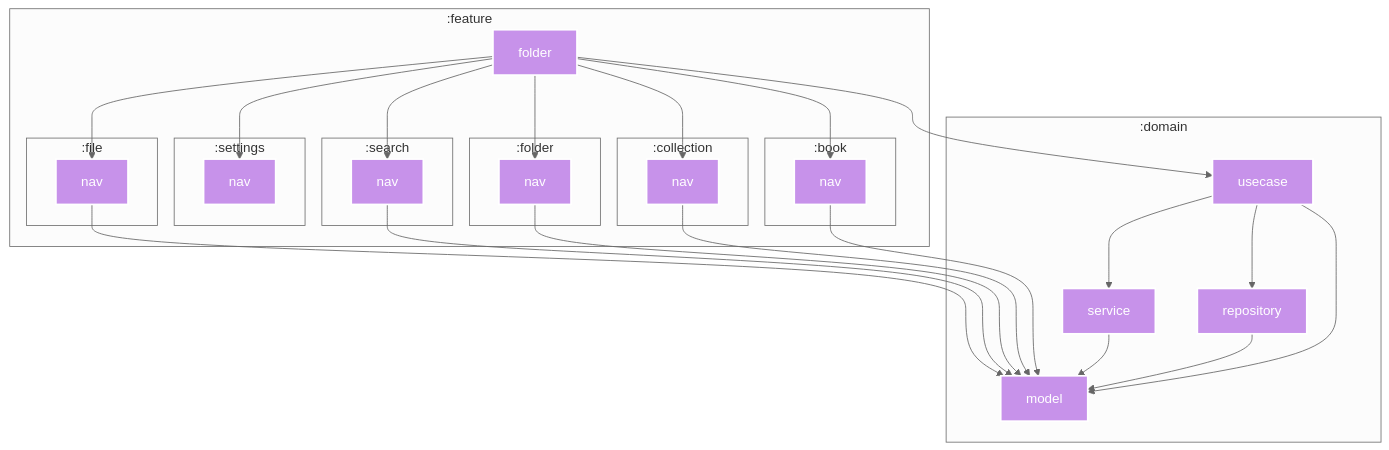
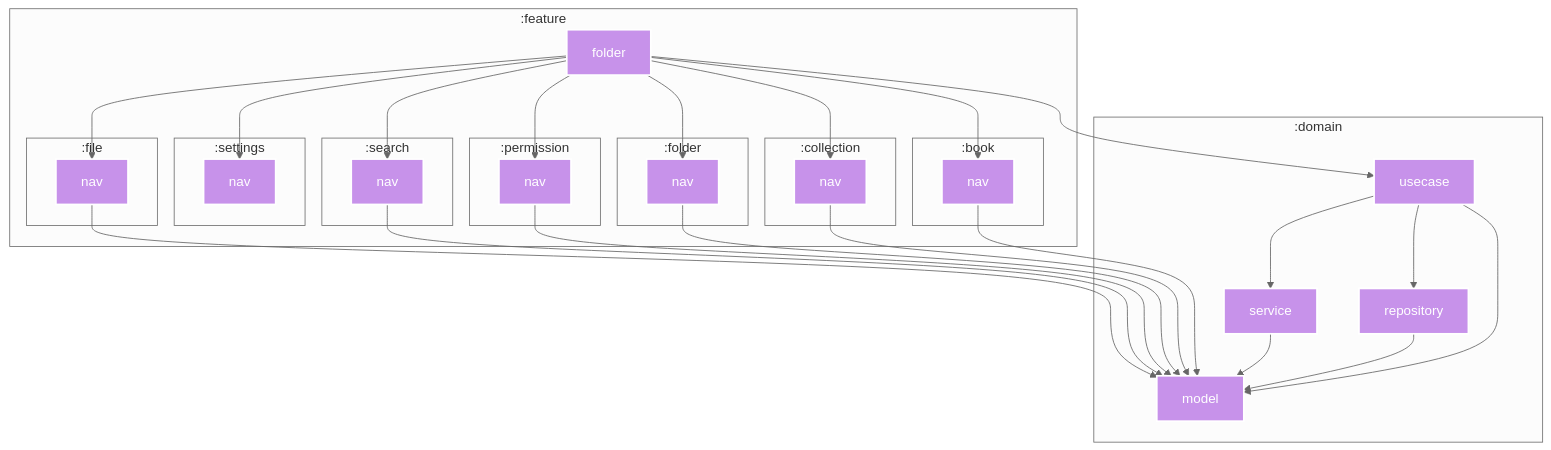
Before and after one commit to SorrowBlue/ComicViewer: the diagram in feature/folder/README.md, drawn with Mermaid. The commit also changed 46 other files, not shown here.

Commit message:
feat: add permission feature to module dependency graph

```diff
--- a/feature/folder/README.md
+++ b/feature/folder/README.md
@@ -38,6 +38,10 @@
       :feature:collection:nav["nav"]
       :feature:collection:nav["nav"]
     end
+    subgraph :permission
+      :feature:permission:nav["nav"]
+      :feature:permission:nav["nav"]
+    end
     subgraph :search
       :feature:search:nav["nav"]
       :feature:search:nav["nav"]
@@ -59,10 +63,12 @@
   :feature:folder --> :feature:book:nav
   :feature:folder --> :feature:collection:nav
   :feature:folder --> :feature:folder:nav
+  :feature:folder --> :feature:permission:nav
   :feature:folder --> :feature:search:nav
   :feature:folder --> :feature:settings:nav
   :feature:folder --> :feature:file:nav
   :domain:repository --> :domain:model
+  :feature:permission:nav --> :domain:model
   :feature:search:nav --> :domain:model
 
 classDef kotlin-multiplatform fill:#C792EA,stroke:#fff,stroke-width:2px,color:#fff;
@@ -75,6 +81,7 @@
 class :feature:book:nav kotlin-multiplatform
 class :feature:collection:nav kotlin-multiplatform
 class :feature:folder kotlin-multiplatform
+class :feature:permission:nav kotlin-multiplatform
 class :feature:search:nav kotlin-multiplatform
 class :feature:settings:nav kotlin-multiplatform
 
```
